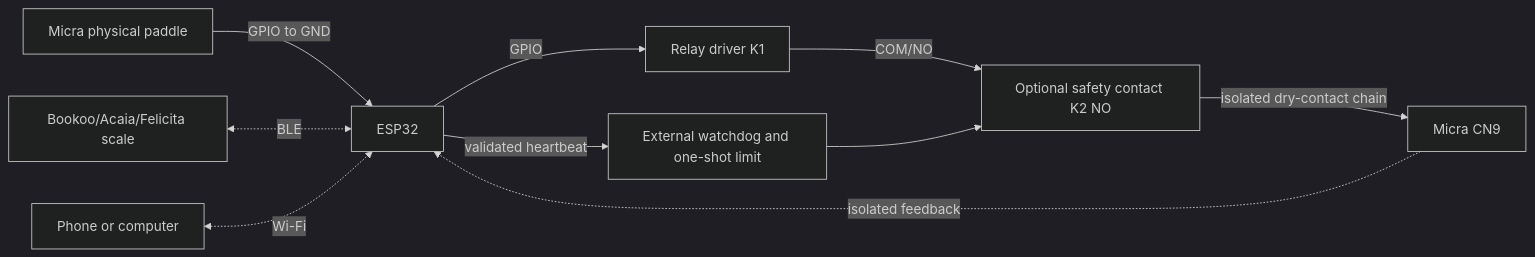
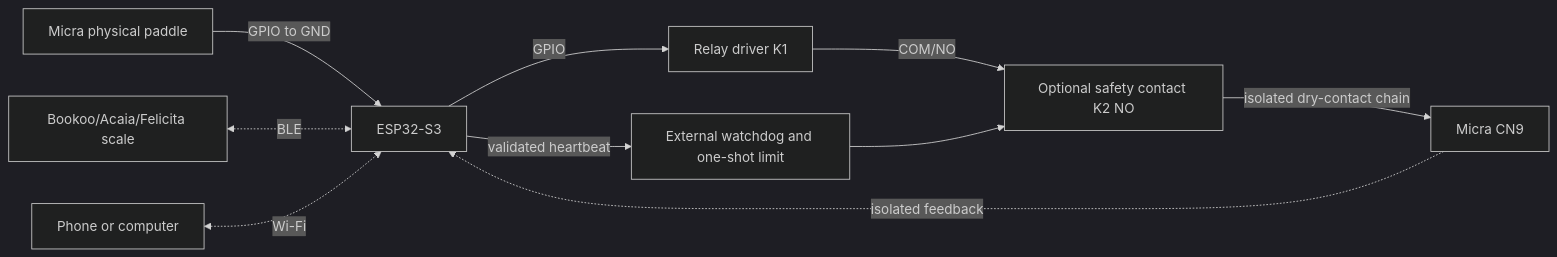
The second of 2 diagrams in README.md (Cheerpipe/AcaiaArduinoBLE), drawn with Mermaid (dark theme) before and after one commit. The commit also changed other lines of this file and 27 other files, not shown here.

````diff
--- a/README.md
+++ b/README.md
@@ -843,12 +843,12 @@
 ```mermaid
 flowchart LR
-  P[Micra physical paddle] -->|GPIO to GND| E[ESP32]
+  P[Micra physical paddle] -->|GPIO to GND| E[ESP32-S3]
   E -->|GPIO| D[Relay driver K1]
   D -->|COM/NO| K[Optional safety contact K2 NO]
   K -->|isolated dry-contact chain| C[Micra CN9]
   E -->|validated heartbeat| X[External watchdog and one-shot limit]
   X --> K
   C -. isolated feedback .-> E
   S[Bookoo/Acaia/Felicita scale] <-. BLE .-> E
   W[Phone or computer] <-. Wi-Fi .-> E
 ```
````
